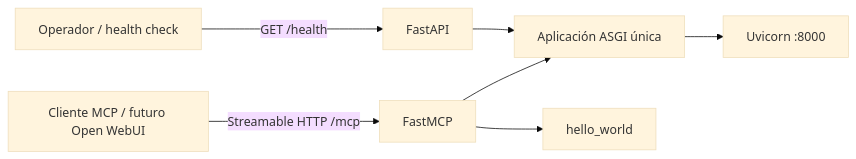
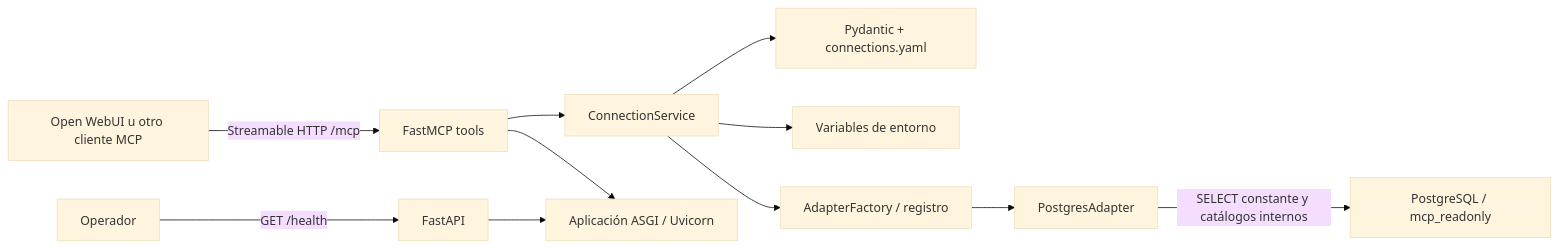
Before and after one commit to 1franky/data-analits-MCP: the first of 3 diagrams in docs/architecture.md, drawn with Mermaid (base theme). The commit also changed other lines of this file and 46 other files, not shown here.

Commit message:
feat: implement sprint 1 PostgreSQL connections

````diff
--- a/docs/architecture.md
+++ b/docs/architecture.md
@@ -54,9 +20,13 @@
 ```mermaid
 flowchart LR
-    HealthClient["Operador / health check"] -->|"GET /health"| FastAPI["FastAPI"]
-    MCPClient["Cliente MCP / futuro Open WebUI"] -->|"Streamable HTTP /mcp"| FastMCP["FastMCP"]
-    FastAPI --> ASGI["Aplicación ASGI única"]
-    FastMCP --> ASGI
-    FastMCP --> Hello["hello_world"]
-    ASGI --> Uvicorn["Uvicorn :8000"]
+    Client["Open WebUI u otro cliente MCP"] -->|"Streamable HTTP /mcp"| Tools["FastMCP tools"]
+    Operator["Operador"] -->|"GET /health"| API["FastAPI"]
+    Tools --> Service["ConnectionService"]
+    Service --> Config["Pydantic + connections.yaml"]
+    Service --> Secrets["Variables de entorno"]
+    Service --> Factory["AdapterFactory / registro"]
+    Factory --> PG["PostgresAdapter"]
+    PG -->|"SELECT constante y catálogos internos"| Lab["PostgreSQL / mcp_readonly"]
+    API --> ASGI["Aplicación ASGI / Uvicorn"]
+    Tools --> ASGI
 ```
````
